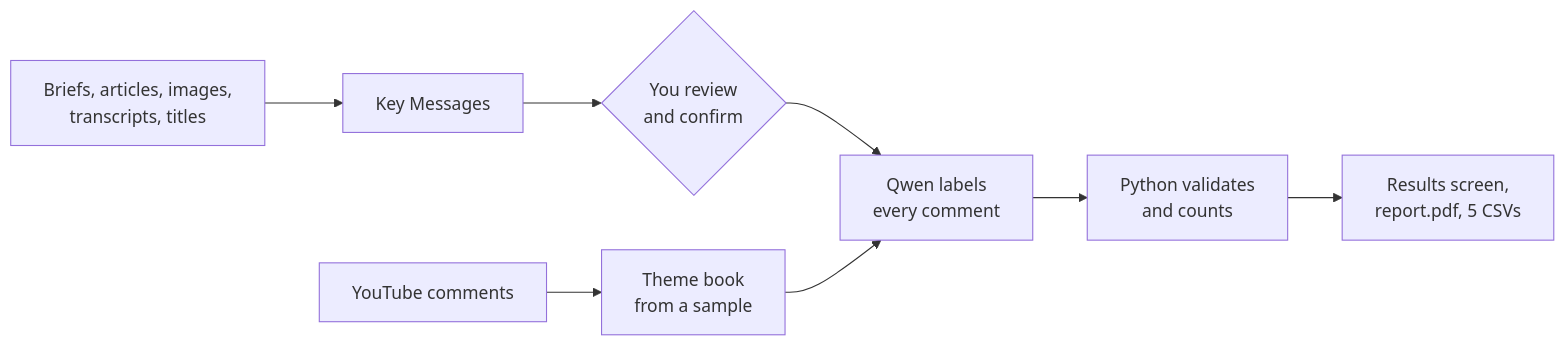
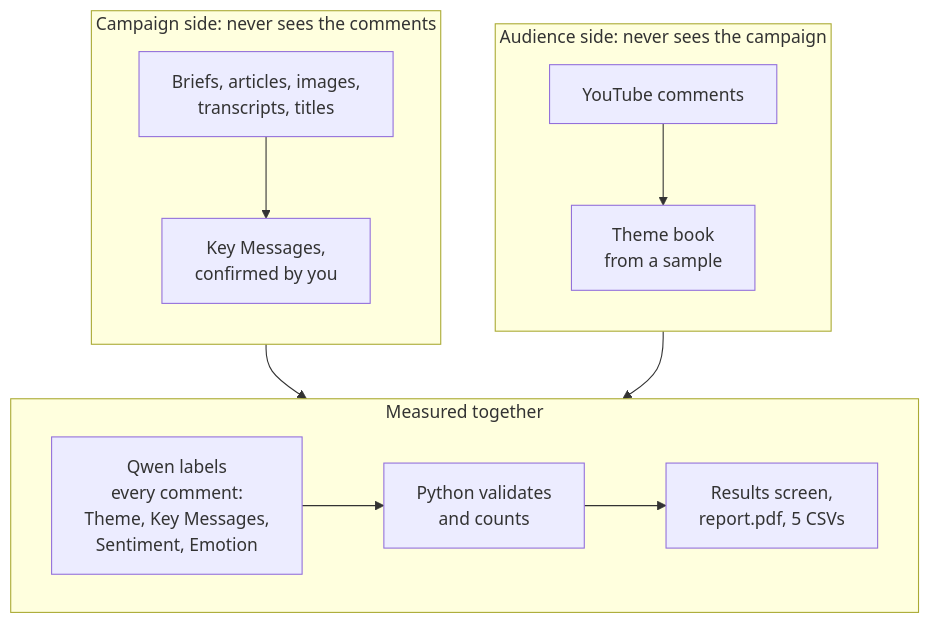
The diagram in README.md (aubreyasta/Kowalski-Analysis-for-YouTube), drawn with Mermaid before and after one commit.

Commit message:
docs(readme): redraw the flow diagram around the two separate reads
Show the campaign side and the audience side as separate lanes that
only meet at labelling, which is the design point the README argues.
Stack the lanes over a horizontal labelling-to-results row so the text
stays readable at README width.

````diff
--- a/README.md
+++ b/README.md
@@ -44,10 +44,17 @@
 ```mermaid
-flowchart LR
-    A[Briefs, articles, images,<br>transcripts, titles] --> B[Key Messages]
-    B --> R{You review<br>and confirm}
-    C[YouTube comments] --> D[Theme book<br>from a sample]
-    R --> E[Qwen labels<br>every comment]
-    D --> E
-    E --> F[Python validates<br>and counts]
-    F --> G[Results screen,<br>report.pdf, 5 CSVs]
+flowchart TB
+    subgraph campaign["Campaign side: never sees the comments"]
+        direction TB
+        A["Briefs, articles, images,<br>transcripts, titles"] --> B["Key Messages,<br>confirmed by you"]
+    end
+    subgraph audience["Audience side: never sees the campaign"]
+        direction TB
+        C["YouTube comments"] --> D["Theme book<br>from a sample"]
+    end
+    subgraph measure["Measured together"]
+        direction LR
+        E["Qwen labels<br>every comment:<br>Theme, Key Messages,<br>Sentiment, Emotion"] --> F["Python validates<br>and counts"] --> G["Results screen,<br>report.pdf, 5 CSVs"]
+    end
+    campaign --> measure
+    audience --> measure
 ```
````
